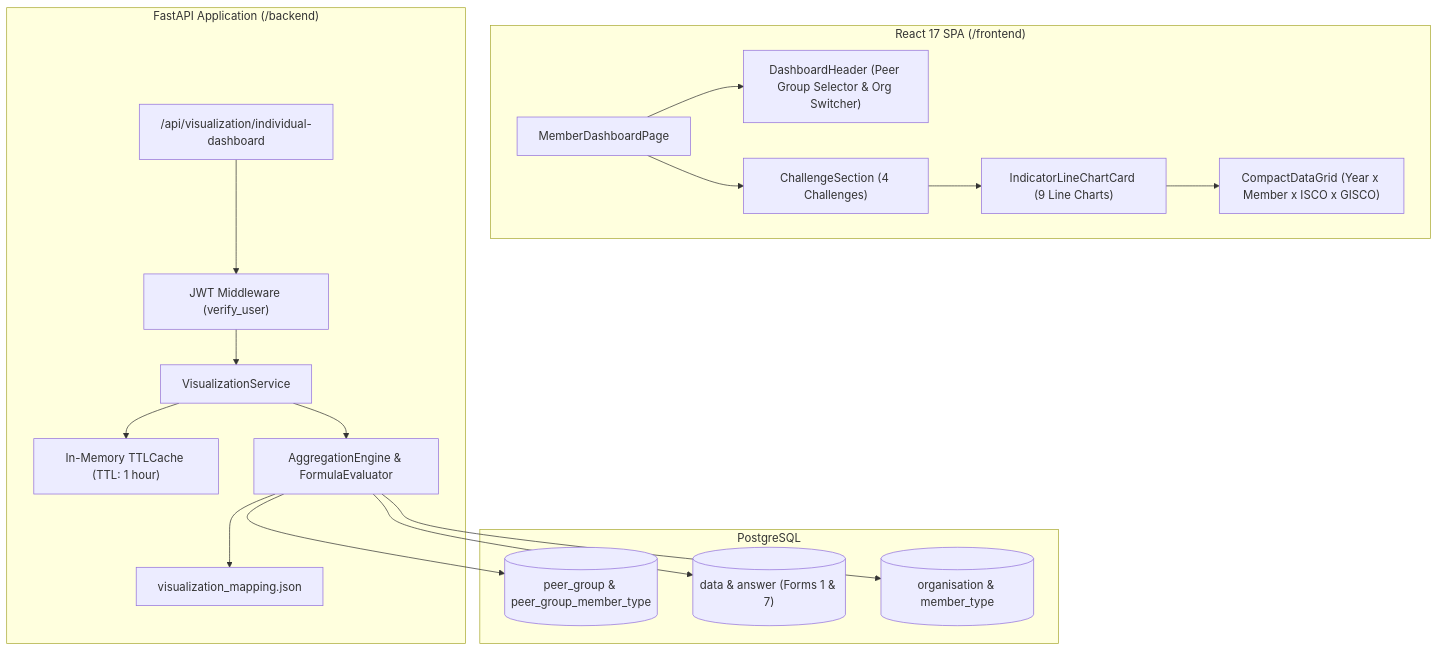
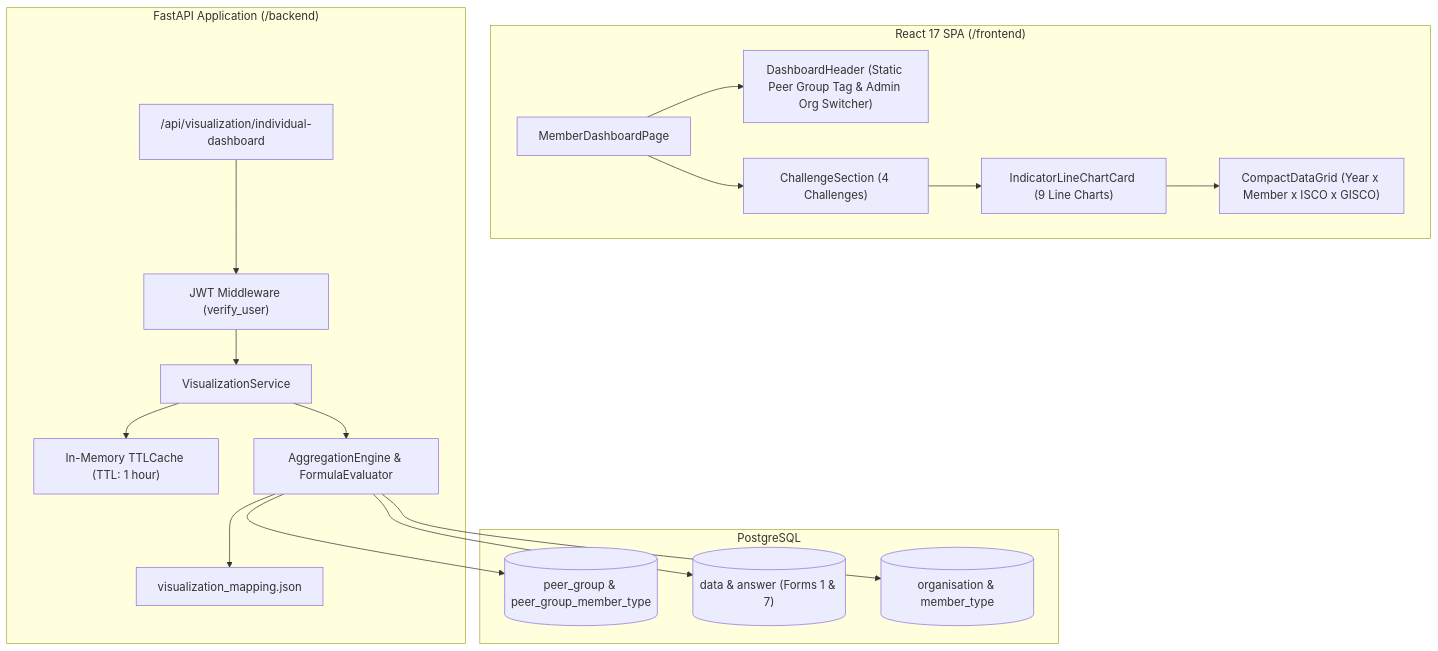
Before and after one commit to akvo/isco: the diagram in docs/lld/member_dashboard_lld.md, drawn with Mermaid. The commit also changed other lines of this file and 2 other files, not shown here.

Commit message:
[#679] docs(dashboard): update member dashboard HLD, LLD, and feature spec with feedback

````diff
--- a/docs/lld/member_dashboard_lld.md
+++ b/docs/lld/member_dashboard_lld.md
@@ -14,40 +14,40 @@
 ```mermaid
 flowchart TD
     subgraph Frontend["React 17 SPA (/frontend)"]
         Page["MemberDashboardPage"]
-        Header["DashboardHeader (Peer Group Selector & Org Switcher)"]
+        Header["DashboardHeader (Static Peer Group Tag & Admin Org Switcher)"]
         ChallengeSec["ChallengeSection (4 Challenges)"]
         ChartCard["IndicatorLineChartCard (9 Line Charts)"]
         DataGrid["CompactDataGrid (Year x Member x ISCO x GISCO)"]
         
         Page --> Header
         Page --> ChallengeSec
         ChallengeSec --> ChartCard
         ChartCard --> DataGrid
     end
 
     subgraph Backend["FastAPI Application (/backend)"]
         Router["/api/visualization/individual-dashboard"]
         Auth["JWT Middleware (verify_user)"]
         Service["VisualizationService"]
         Cache["In-Memory TTLCache (TTL: 1 hour)"]
         Engine["AggregationEngine & FormulaEvaluator"]
         Config["visualization_mapping.json"]
         
         Router --> Auth
         Auth --> Service
         Service --> Cache
         Service --> Engine
         Engine --> Config
     end
 
     subgraph Database["PostgreSQL"]
         PeerGroupTable[("peer_group & peer_group_member_type")]
         AnswerTable[("data & answer (Forms 1 & 7)")]
         OrgTable[("organisation & member_type")]
         
         Engine --> PeerGroupTable
         Engine --> AnswerTable
         Engine --> OrgTable
     end
 ```
````
